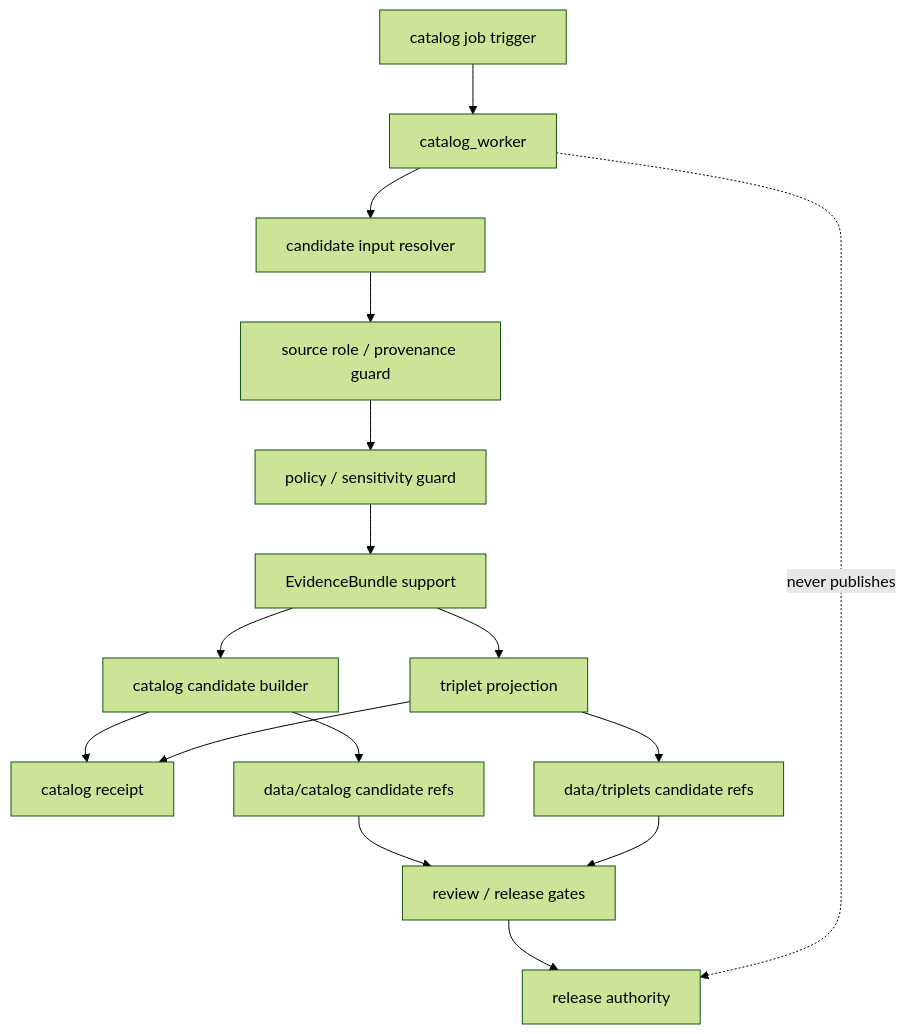
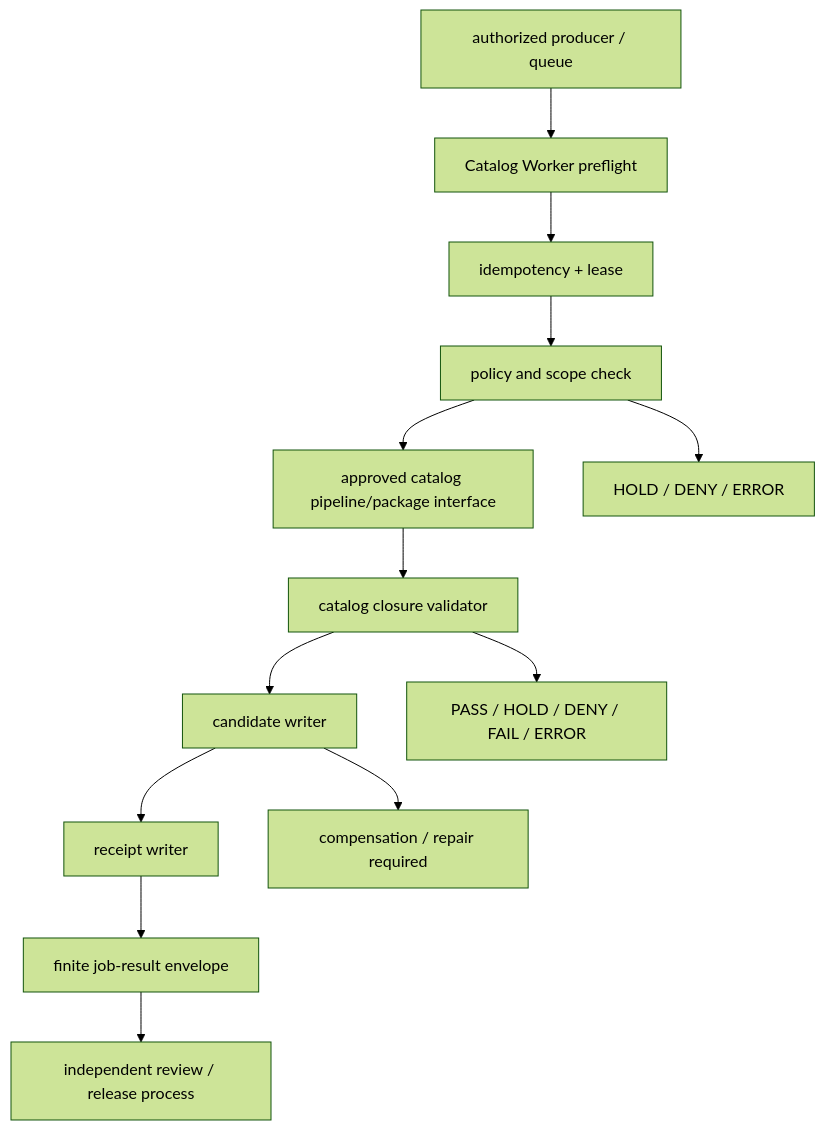
Before and after one commit to bartytime4life/Kansas-Frontier-Matrix: the diagram in apps/workers/src/catalog_worker/README.md, drawn with Mermaid (forest theme). The commit also changed other lines of this file, not shown here.

Commit message:
docs(workers): modernize catalog worker boundary

````diff
--- a/apps/workers/src/catalog_worker/README.md
+++ b/apps/workers/src/catalog_worker/README.md
@@ -201,18 +574,16 @@
 ```mermaid
 flowchart TD
-    trigger["catalog job trigger"] --> worker["catalog_worker"]
-    worker --> input["candidate input resolver"]
-    input --> source["source role / provenance guard"]
-    source --> policy["policy / sensitivity guard"]
-    policy --> evidence["EvidenceBundle support"]
-    evidence --> build["catalog candidate builder"]
-    evidence --> triplets["triplet projection"]
-    build --> receipts["catalog receipt"]
-    triplets --> receipts
-    build --> candidates["data/catalog candidate refs"]
-    triplets --> triples["data/triplets candidate refs"]
-    candidates --> review["review / release gates"]
-    triples --> review
-    review --> release["release authority"]
-    worker -. "never publishes" .-> release
+    A["authorized producer / queue"] --> B["Catalog Worker preflight"]
+    B --> C["idempotency + lease"]
+    C --> D["policy and scope check"]
+    D --> E["approved catalog pipeline/package interface"]
+    E --> F["catalog closure validator"]
+    F --> G["candidate writer"]
+    G --> H["receipt writer"]
+    H --> I["finite job-result envelope"]
+    I --> J["independent review / release process"]
+
+    D --> K["HOLD / DENY / ERROR"]
+    F --> L["PASS / HOLD / DENY / FAIL / ERROR"]
+    G --> M["compensation / repair required"]
 ```
````
